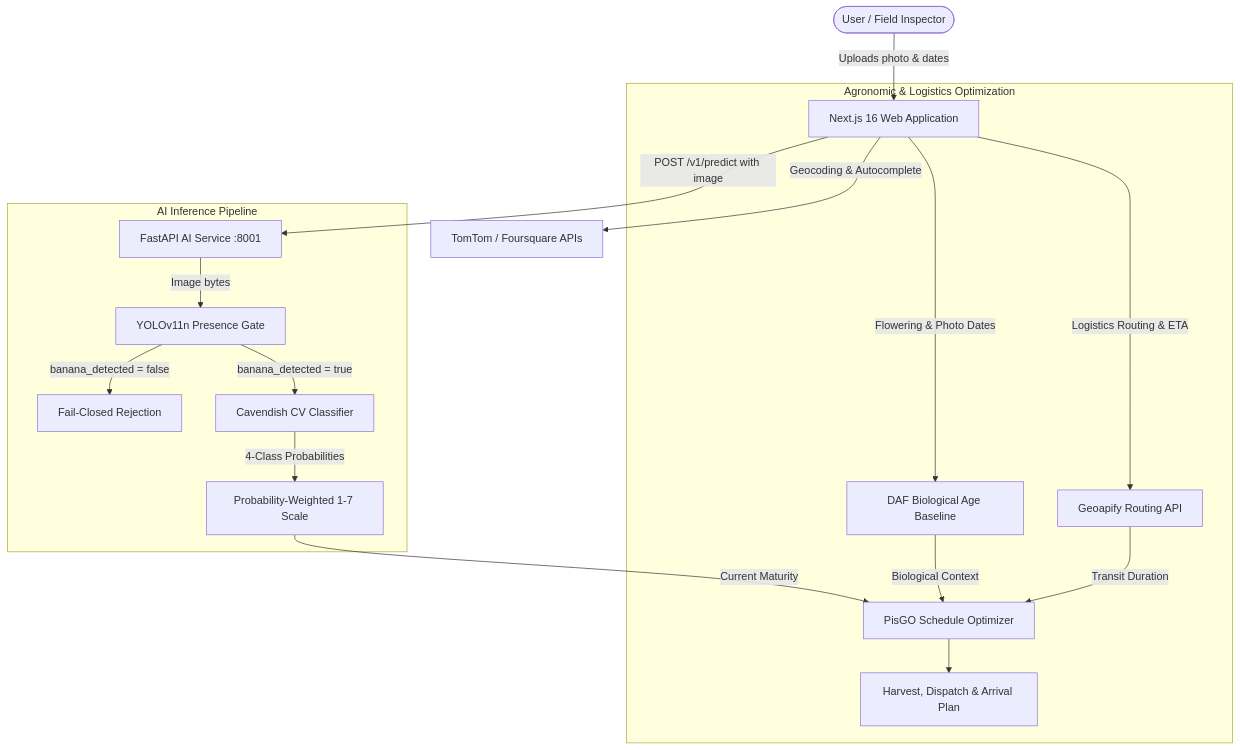
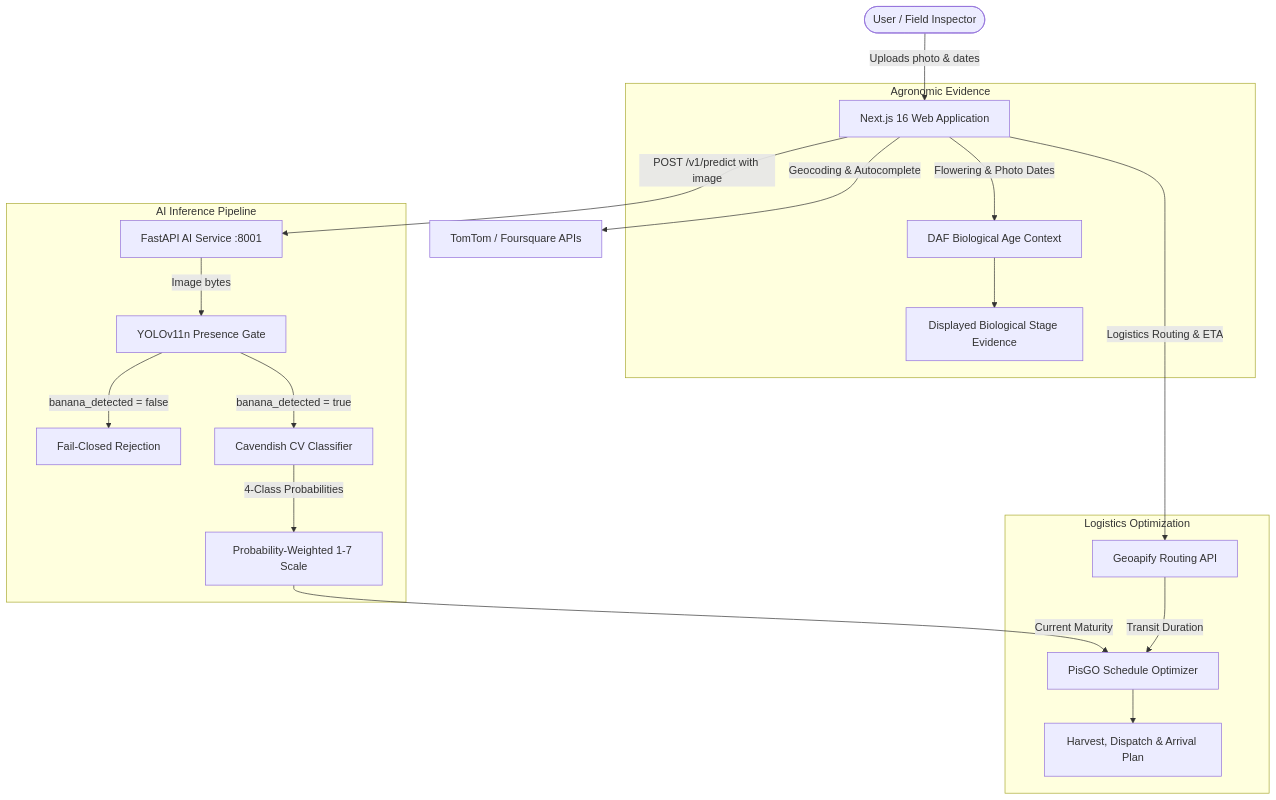
Before and after one commit to Vluuuu/pisgo: the diagram in README.md, drawn with Mermaid. The commit also changed other lines of this file and 5 other files, not shown here.

````diff
--- a/README.md
+++ b/README.md
@@ -36,22 +37,25 @@
 ```mermaid
 graph TD
     User([User / Field Inspector]) -->|Uploads photo & dates| WebApp[Next.js 16 Web Application]
     WebApp -->|Geocoding & Autocomplete| TomTom[TomTom / Foursquare APIs]
     WebApp -->|Logistics Routing & ETA| Geoapify[Geoapify Routing API]
     WebApp -->|POST /v1/predict with image| AIService[FastAPI AI Service :8001]
 
     subgraph "AI Inference Pipeline"
         AIService -->|Image bytes| YOLO[YOLOv11n Presence Gate]
         YOLO -->|banana_detected = false| Reject[Fail-Closed Rejection]
         YOLO -->|banana_detected = true| Classifier[Cavendish CV Classifier]
         Classifier -->|4-Class Probabilities| MaturityBlend[Probability-Weighted 1-7 Scale]
     end
 
-    subgraph "Agronomic & Logistics Optimization"
-        WebApp -->|Flowering & Photo Dates| DAFCalc[DAF Biological Age Baseline]
+    subgraph "Agronomic Evidence"
+        WebApp -->|Flowering & Photo Dates| DAFCalc[DAF Biological Age Context]
+        DAFCalc --> DAFDisplay[Displayed Biological Stage Evidence]
+    end
+
+    subgraph "Logistics Optimization"
         MaturityBlend -->|Current Maturity| Optimizer[PisGO Schedule Optimizer]
-        DAFCalc -->|Biological Context| Optimizer
         Geoapify -->|Transit Duration| Optimizer
         Optimizer --> Output[Harvest, Dispatch & Arrival Plan]
     end
 ```
````
